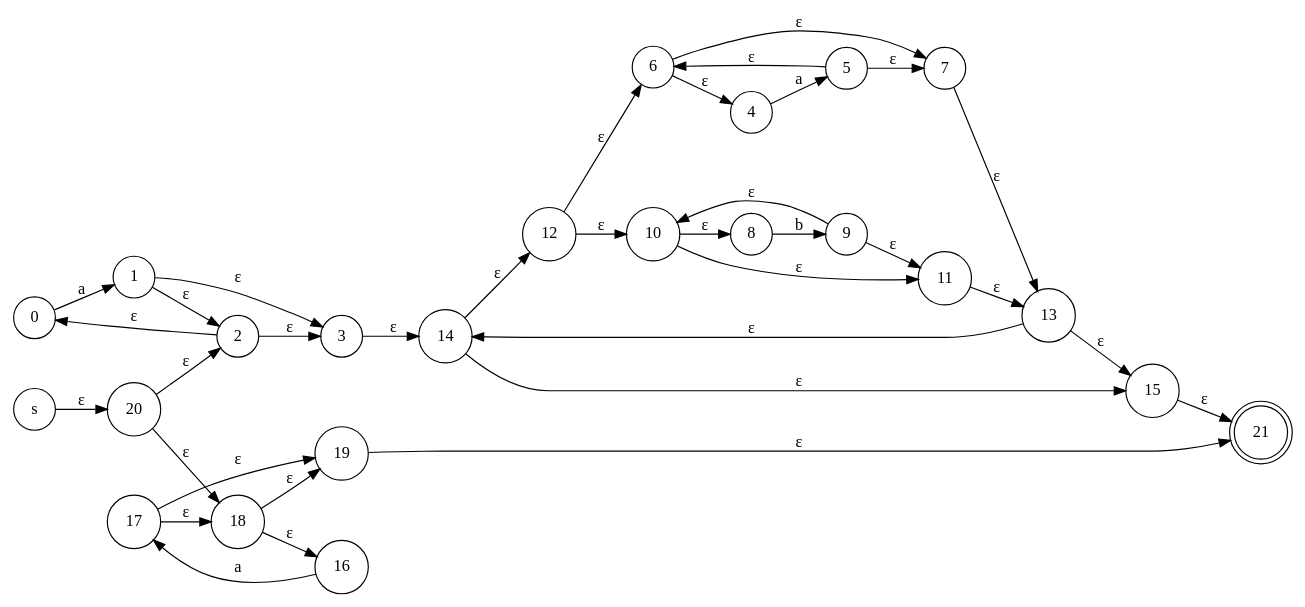
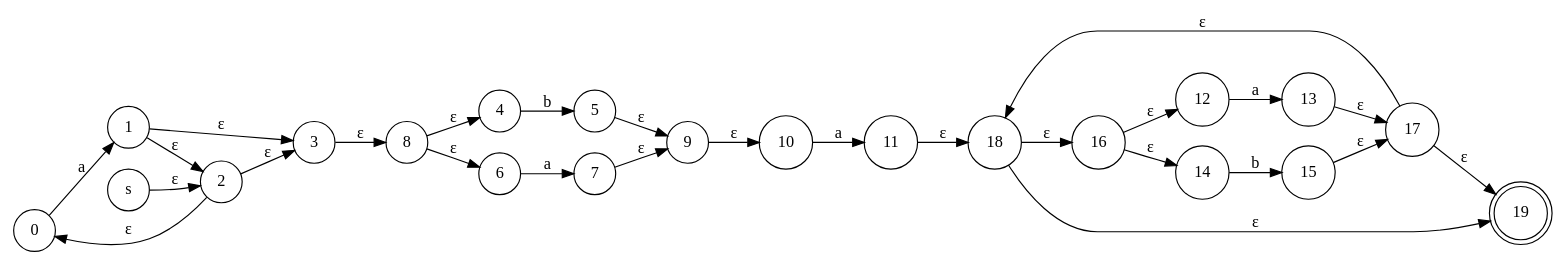
One commit to triumphaldance/Compilation-Principle changed the diagram in lexical_analysis/rex_to_mindfa/dot/nfa.dot. Above: the diagram before and after it, drawn with Graphviz. The commit also changed 46 other files, not shown here.

```diff
--- a/lexical_analysis/rex_to_mindfa/dot/nfa.dot
+++ b/lexical_analysis/rex_to_mindfa/dot/nfa.dot
@@ -1,38 +1,30 @@
 digraph NFA {
 	rankdir=LR;
 	node [shape=circle];
 	0 -> 1 [label="a"];
 	1 -> 2 [label="ε"];
 	1 -> 3 [label="ε"];
+	s -> 2 [label="ε"];
 	2 -> 0 [label="ε"];
 	2 -> 3 [label="ε"];
-	3 -> 14 [label="ε"];
-	4 -> 5 [label="a"];
-	5 -> 6 [label="ε"];
-	5 -> 7 [label="ε"];
-	6 -> 4 [label="ε"];
-	6 -> 7 [label="ε"];
-	7 -> 13 [label="ε"];
-	8 -> 9 [label="b"];
+	3 -> 8 [label="ε"];
+	4 -> 5 [label="b"];
+	5 -> 9 [label="ε"];
+	6 -> 7 [label="a"];
+	7 -> 9 [label="ε"];
+	8 -> 4 [label="ε"];
+	8 -> 6 [label="ε"];
 	9 -> 10 [label="ε"];
-	9 -> 11 [label="ε"];
-	10 -> 8 [label="ε"];
-	10 -> 11 [label="ε"];
-	11 -> 13 [label="ε"];
-	12 -> 6 [label="ε"];
-	12 -> 10 [label="ε"];
-	13 -> 14 [label="ε"];
-	13 -> 15 [label="ε"];
-	14 -> 12 [label="ε"];
-	14 -> 15 [label="ε"];
-	15 -> 21 [label="ε"];
-	16 -> 17 [label="a"];
+	10 -> 11 [label="a"];
+	11 -> 18 [label="ε"];
+	12 -> 13 [label="a"];
+	13 -> 17 [label="ε"];
+	14 -> 15 [label="b"];
+	15 -> 17 [label="ε"];
+	16 -> 12 [label="ε"];
+	16 -> 14 [label="ε"];
 	17 -> 18 [label="ε"];
 	17 -> 19 [label="ε"];
 	18 -> 16 [label="ε"];
 	18 -> 19 [label="ε"];
-	19 -> 21 [label="ε"];
-	s -> 20 [label="ε"];
-	20 -> 2 [label="ε"];
-	20 -> 18 [label="ε"];
-	21 [shape=doublecircle];}
+	19 [shape=doublecircle];}
```
